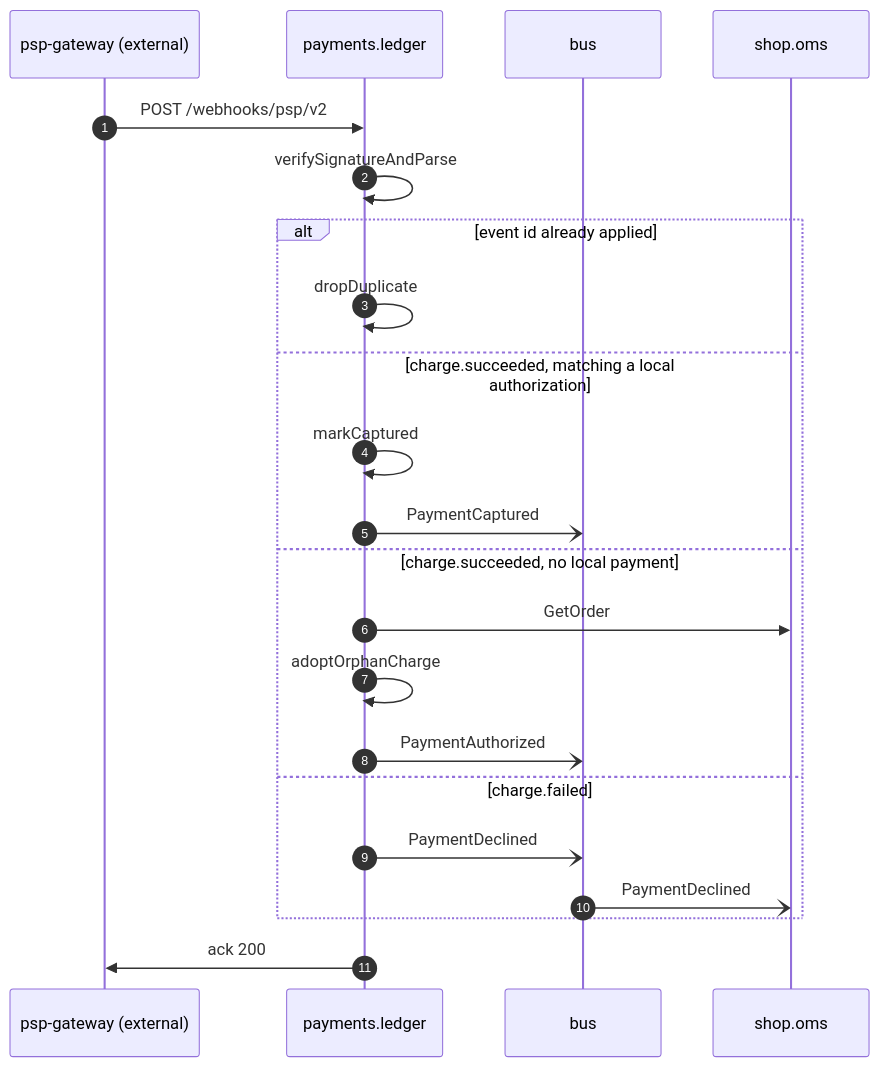
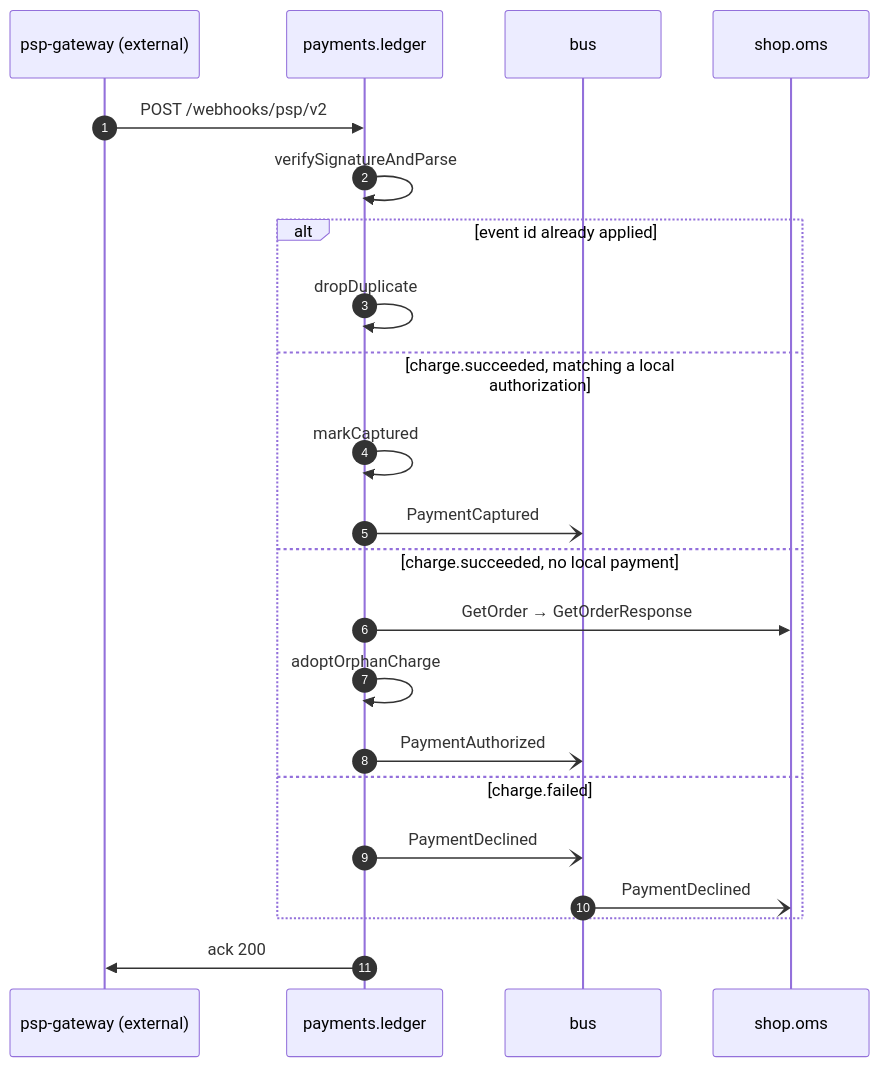
One commit to shortlink-org/portolan changed the diagram in docs/flows/gateway-webhook.md. Above: the diagram before and after it, drawn with Mermaid. The commit also changed other lines of this file and 87 other files, not shown here.

````diff
--- a/docs/flows/gateway-webhook.md
+++ b/docs/flows/gateway-webhook.md
@@ -22,24 +22,24 @@
 ```mermaid
 sequenceDiagram
     autonumber
     participant p0 as psp-gateway (external)
     participant p1 as payments.ledger
     participant p2 as bus
     participant p3 as shop.oms
     p0->>p1: POST /webhooks/psp/v2
     p1->>p1: verifySignatureAndParse
     alt event id already applied
         p1->>p1: dropDuplicate
     else charge.succeeded, matching a local authorization
         p1->>p1: markCaptured
         p1-)p2: PaymentCaptured
     else charge.succeeded, no local payment
-        p1->>p3: GetOrder
+        p1->>p3: GetOrder → GetOrderResponse
         p1->>p1: adoptOrphanCharge
         p1-)p2: PaymentAuthorized
     else charge.failed
         p1-)p2: PaymentDeclined
         p2-)p3: PaymentDeclined
     end
     p1->>p0: ack 200
 ```
````
